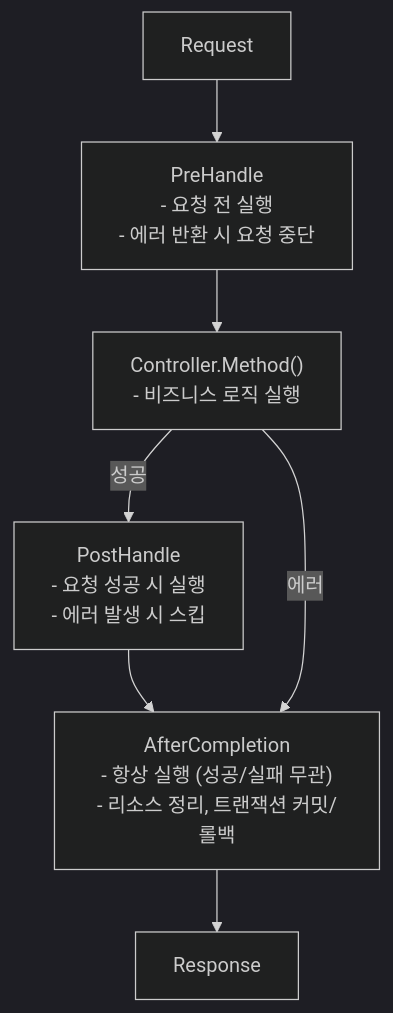
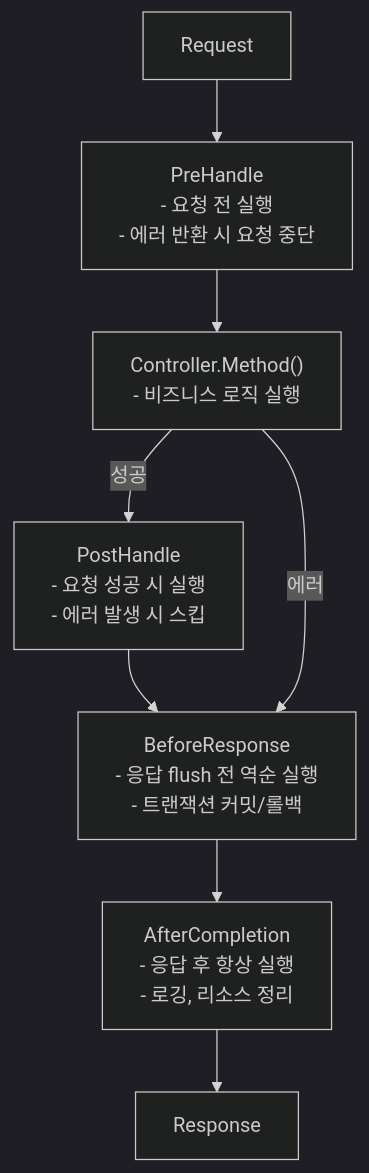
The diagram in docs/ko/learn/tutorial/4-interceptor.md (NARUBROWN/spine-site), drawn with Mermaid (dark theme) before and after one commit. The commit also changed other lines of this file and 102 other files, not shown here.

````diff
--- a/docs/ko/learn/tutorial/4-interceptor.md
+++ b/docs/ko/learn/tutorial/4-interceptor.md
@@ -18,15 +18,16 @@
 ```mermaid
 graph TD
     Request
     Request --> Pre["PreHandle<br/>- 요청 전 실행<br/>- 에러 반환 시 요청 중단"]
     
     Pre --> Controller["Controller.Method()<br/>- 비즈니스 로직 실행"]
     
     Controller -- 성공 --> Post["PostHandle<br/>- 요청 성공 시 실행<br/>- 에러 발생 시 스킵"]
     
-    Post --> After["AfterCompletion<br/>- 항상 실행 (성공/실패 무관)<br/>- 리소스 정리, 트랜잭션 커밋/롤백"]
+    Post --> Before["BeforeResponse<br/>- 응답 flush 전 역순 실행<br/>- 트랜잭션 커밋/롤백"]
     
-    Controller -- 에러 --> After
+    Controller -- 에러 --> Before
+    Before --> After["AfterCompletion<br/>- 응답 후 항상 실행<br/>- 로깅, 리소스 정리"]
     
     After --> Response
 ```
````
